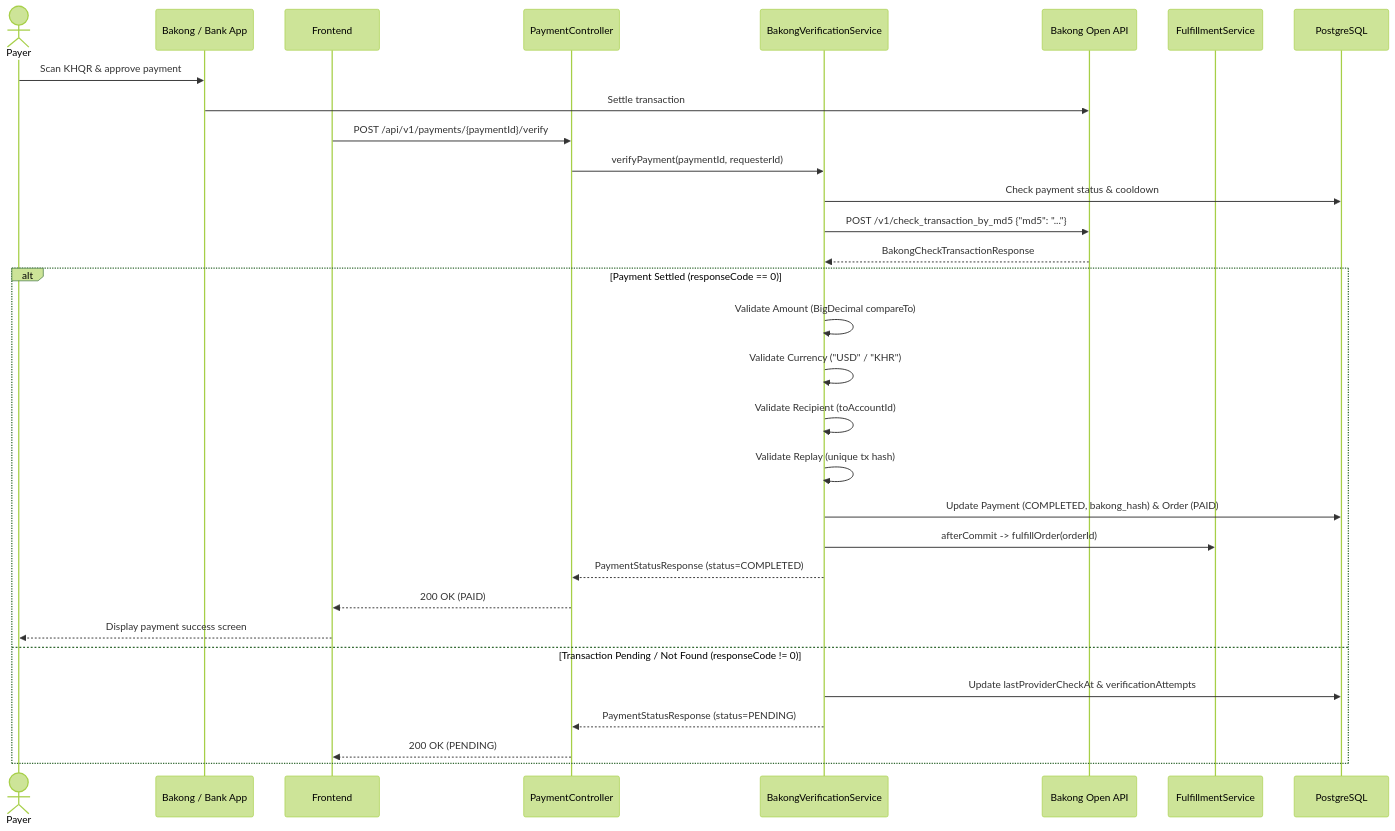
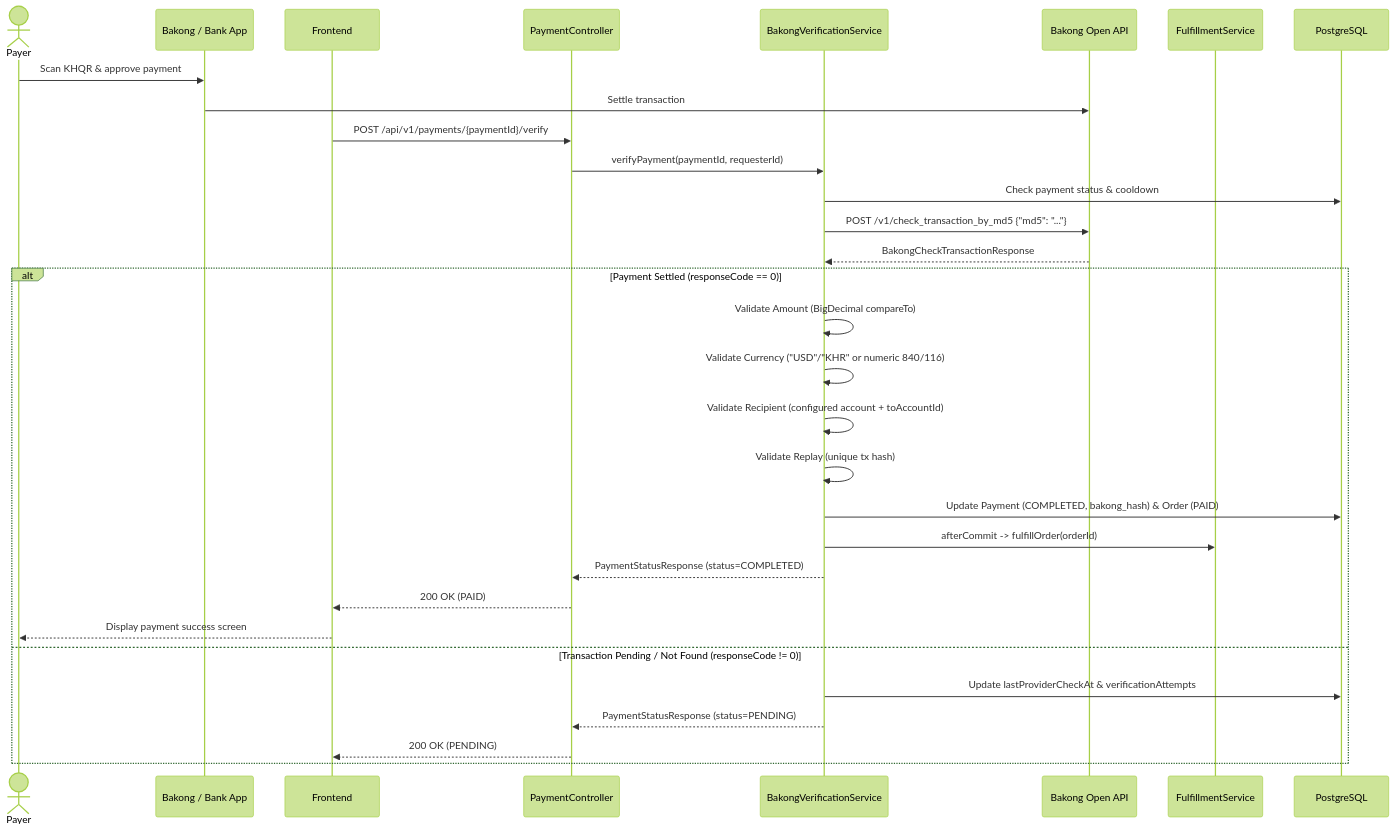
The second of 3 diagrams in docs/integrations/bakong-khqr.md (sarinitc/GameTopUpKH), drawn with Mermaid (forest theme) before and after one commit. The commit also changed other lines of this file and 24 other files, not shown here.

````diff
--- a/docs/integrations/bakong-khqr.md
+++ b/docs/integrations/bakong-khqr.md
@@ -108,35 +134,35 @@
 ```mermaid
 sequenceDiagram
     actor Payer
     participant BankApp as Bakong / Bank App
     participant Frontend
     participant API as PaymentController
     participant Verifier as BakongVerificationService
     participant BakongAPI as Bakong Open API
     participant Fulfillment as FulfillmentService
     participant DB as PostgreSQL
 
     Payer->>BankApp: Scan KHQR & approve payment
     BankApp->>BakongAPI: Settle transaction
     Frontend->>API: POST /api/v1/payments/{paymentId}/verify
     API->>Verifier: verifyPayment(paymentId, requesterId)
     Verifier->>DB: Check payment status & cooldown
     Verifier->>BakongAPI: POST /v1/check_transaction_by_md5 {"md5": "..."}
     BakongAPI-->>Verifier: BakongCheckTransactionResponse
     
     alt Payment Settled (responseCode == 0)
         Verifier->>Verifier: Validate Amount (BigDecimal compareTo)
-        Verifier->>Verifier: Validate Currency ("USD" / "KHR")
-        Verifier->>Verifier: Validate Recipient (toAccountId)
+        Verifier->>Verifier: Validate Currency ("USD"/"KHR" or numeric 840/116)
+        Verifier->>Verifier: Validate Recipient (configured account + toAccountId)
         Verifier->>Verifier: Validate Replay (unique tx hash)
         Verifier->>DB: Update Payment (COMPLETED, bakong_hash) & Order (PAID)
         Verifier->>Fulfillment: afterCommit -> fulfillOrder(orderId)
         Verifier-->>API: PaymentStatusResponse (status=COMPLETED)
         API-->>Frontend: 200 OK (PAID)
         Frontend-->>Payer: Display payment success screen
     else Transaction Pending / Not Found (responseCode != 0)
         Verifier->>DB: Update lastProviderCheckAt & verificationAttempts
         Verifier-->>API: PaymentStatusResponse (status=PENDING)
         API-->>Frontend: 200 OK (PENDING)
     end
 ```
````
